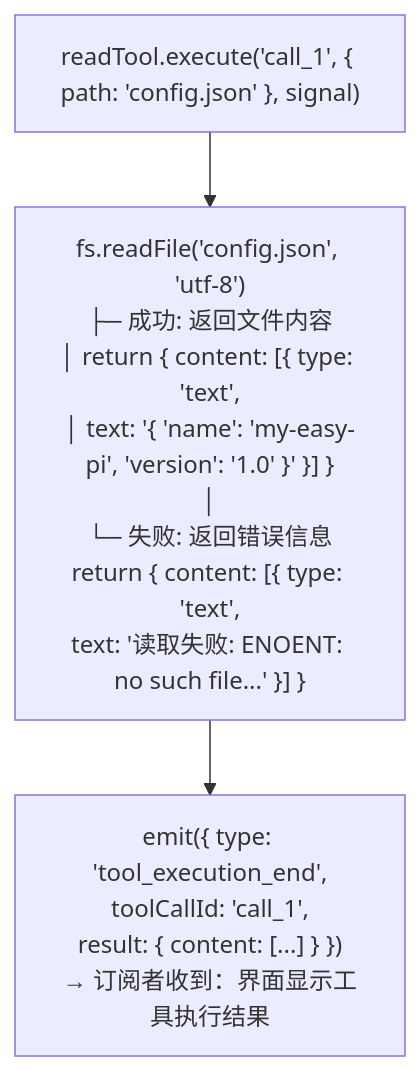
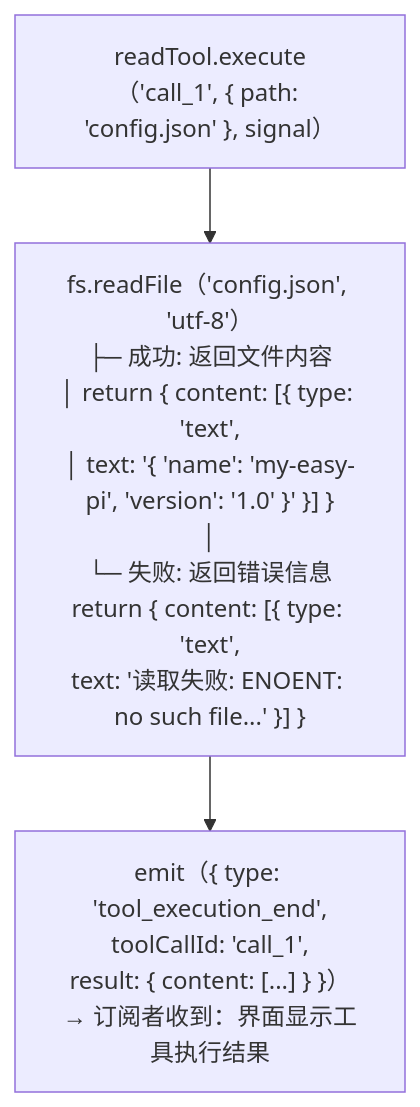
Before and after one commit to KNeegcyao/my-easy-pi: the eighth of 12 diagrams in docs/09-putting-it-together/02-end-to-end-flow.md, drawn with Mermaid. The commit also changed other lines of this file and 25 other files, not shown here.

First line of the commit message:
fix: 修复 Mermaid 图表语法错误

````diff
--- a/docs/09-putting-it-together/02-end-to-end-flow.md
+++ b/docs/09-putting-it-together/02-end-to-end-flow.md
@@ -379,5 +379,5 @@
 ```mermaid
 flowchart TD
-    Start["readTool.execute('call_1', { path: 'config.json' }, signal)"] --> ReadFile["fs.readFile('config.json', 'utf-8')<br/>├─ 成功: 返回文件内容<br/>│ return { content: [{ type: 'text',<br/>│ text: '{ 'name': 'my-easy-pi', 'version': '1.0' }' }] }<br/>│<br/>└─ 失败: 返回错误信息<br/>return { content: [{ type: 'text',<br/>text: '读取失败: ENOENT: no such file...' }] }"]
-    ReadFile --> EmitEnd["emit({ type: 'tool_execution_end',<br/>toolCallId: 'call_1',<br/>result: { content: [...] } })<br/>→ 订阅者收到：界面显示工具执行结果"]
+    Start["readTool.execute（'call_1', { path: 'config.json' }, signal）"] --> ReadFile["fs.readFile（'config.json', 'utf-8'）<br/>├─ 成功: 返回文件内容<br/>│ return { content: [{ type: 'text',<br/>│ text: '{ 'name': 'my-easy-pi', 'version': '1.0' }' }] }<br/>│<br/>└─ 失败: 返回错误信息<br/>return { content: [{ type: 'text',<br/>text: '读取失败: ENOENT: no such file...' }] }"]
+    ReadFile --> EmitEnd["emit（{ type: 'tool_execution_end',<br/>toolCallId: 'call_1',<br/>result: { content: [...] } }）<br/>→ 订阅者收到：界面显示工具执行结果"]
 ```
````
